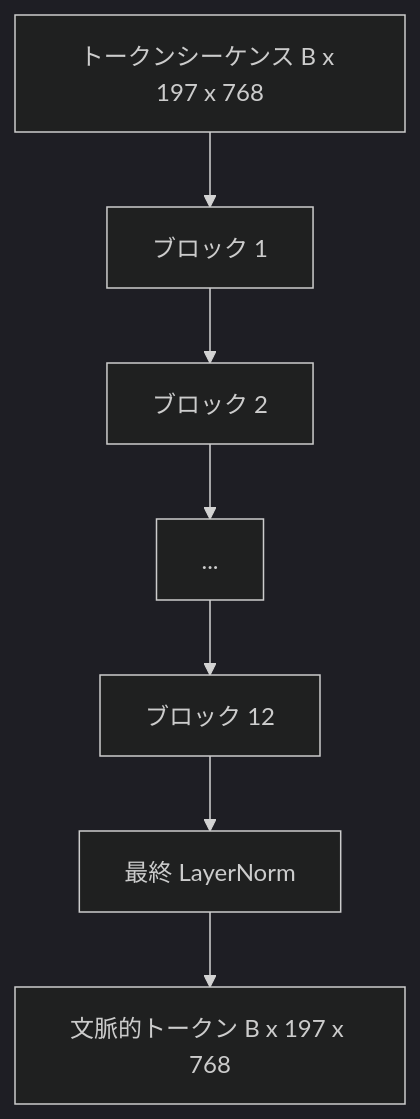
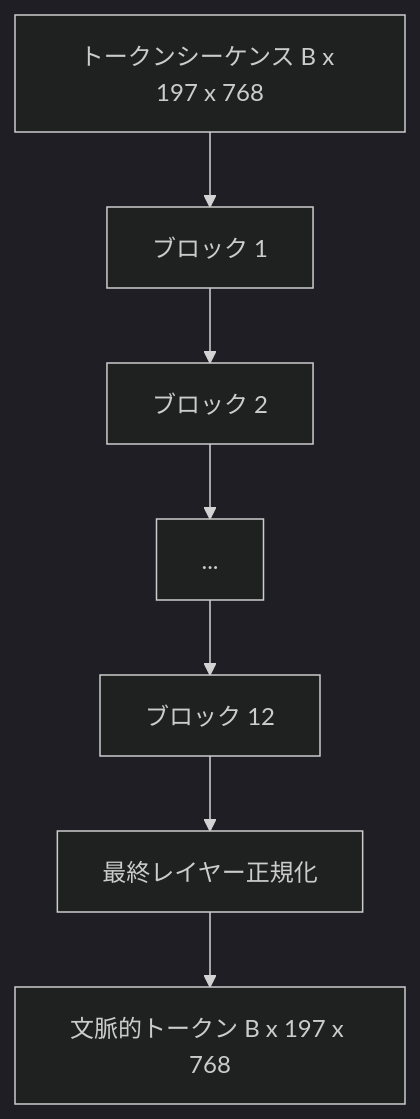
Before and after one commit to shoshoshomen/synapse-academy: the first of 2 diagrams in content/phases/19-capstone-projects/59-vit-transformer/lesson.ja.md, drawn with Mermaid (dark theme). The commit also changed other lines of this file and 124 other files, not shown here.

First line of the commit message:
feat(i18n): mermaid図のラベルを日本語化(194レッスン/374図)

````diff
--- a/content/phases/19-capstone-projects/59-vit-transformer/lesson.ja.md
+++ b/content/phases/19-capstone-projects/59-vit-transformer/lesson.ja.md
@@ -21,9 +21,9 @@
 ```mermaid
 flowchart TB
-  Input[トークンシーケンス B x 197 x 768] --> B1[ブロック 1]
-  B1 --> B2[ブロック 2]
-  B2 --> Dots[...]
-  Dots --> B12[ブロック 12]
-  B12 --> LN[最終 LayerNorm]
-  LN --> Out[文脈的トークン B x 197 x 768]
+  Input["トークンシーケンス B x 197 x 768"] --> B1["ブロック 1"]
+  B1 --> B2["ブロック 2"]
+  B2 --> Dots["..."]
+  Dots --> B12["ブロック 12"]
+  B12 --> LN["最終レイヤー正規化"]
+  LN --> Out["文脈的トークン B x 197 x 768"]
 ```
````
